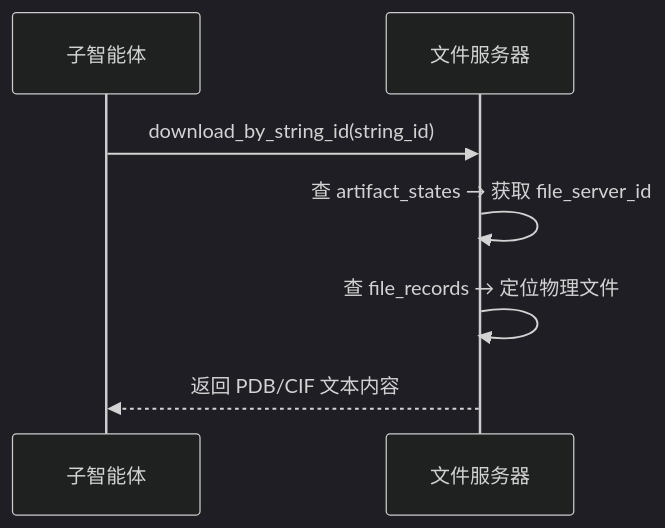
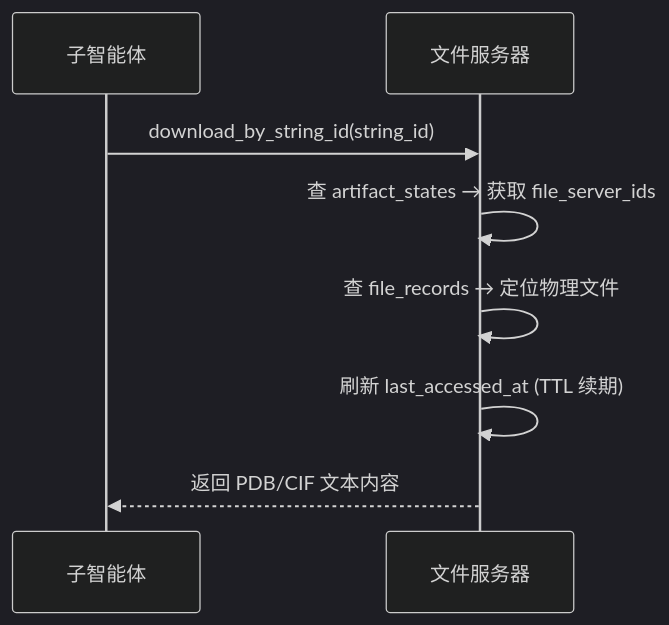
Before and after one commit to zhou-tian-yi/laspai-agent-design: the third of 3 diagrams in LASPAI 智能体文件管理端设计方案.md, drawn with Mermaid (dark theme). The commit also changed other lines of this file and 1 other file, not shown here.

````diff
--- a/LASPAI 智能体文件管理端设计方案.md
+++ b/LASPAI 智能体文件管理端设计方案.md
@@ -248,10 +235,11 @@
 ```mermaid
 sequenceDiagram
     participant SA as 子智能体
     participant FS as 文件服务器
 
     SA->>FS: download_by_string_id(string_id)
-    FS->>FS: 查 artifact_states → 获取 file_server_id
+    FS->>FS: 查 artifact_states → 获取 file_server_ids
     FS->>FS: 查 file_records → 定位物理文件
+    FS->>FS: 刷新 last_accessed_at (TTL 续期)
     FS-->>SA: 返回 PDB/CIF 文本内容
 ```
````
